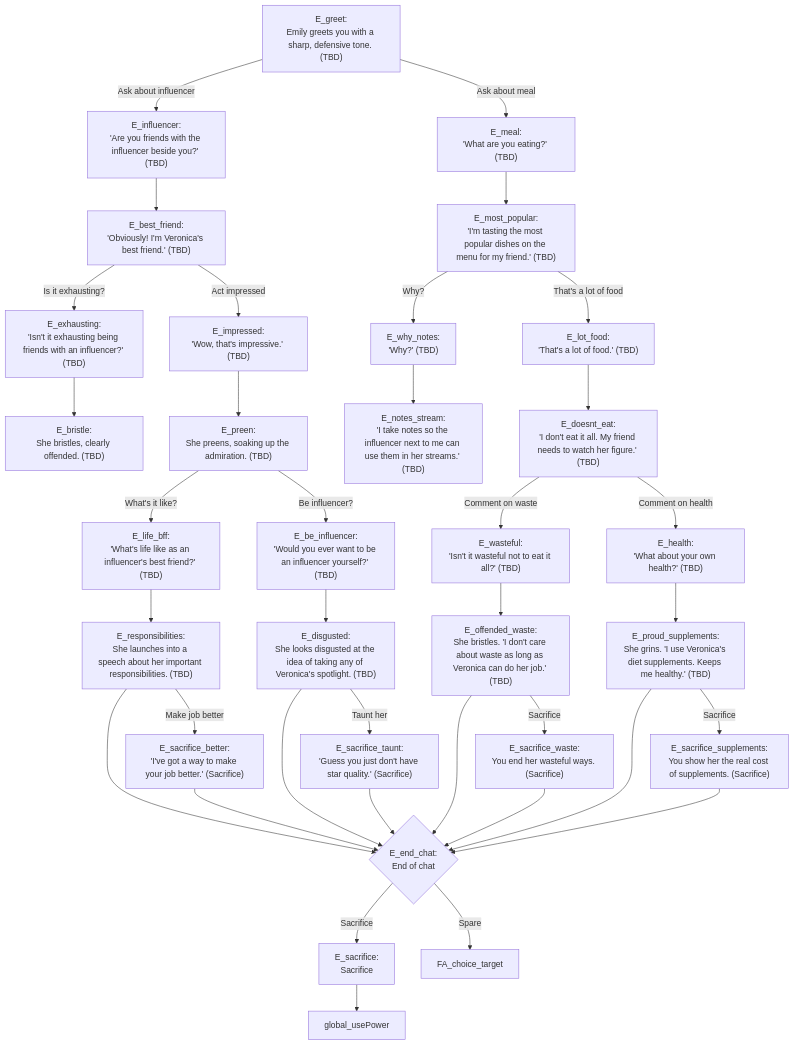
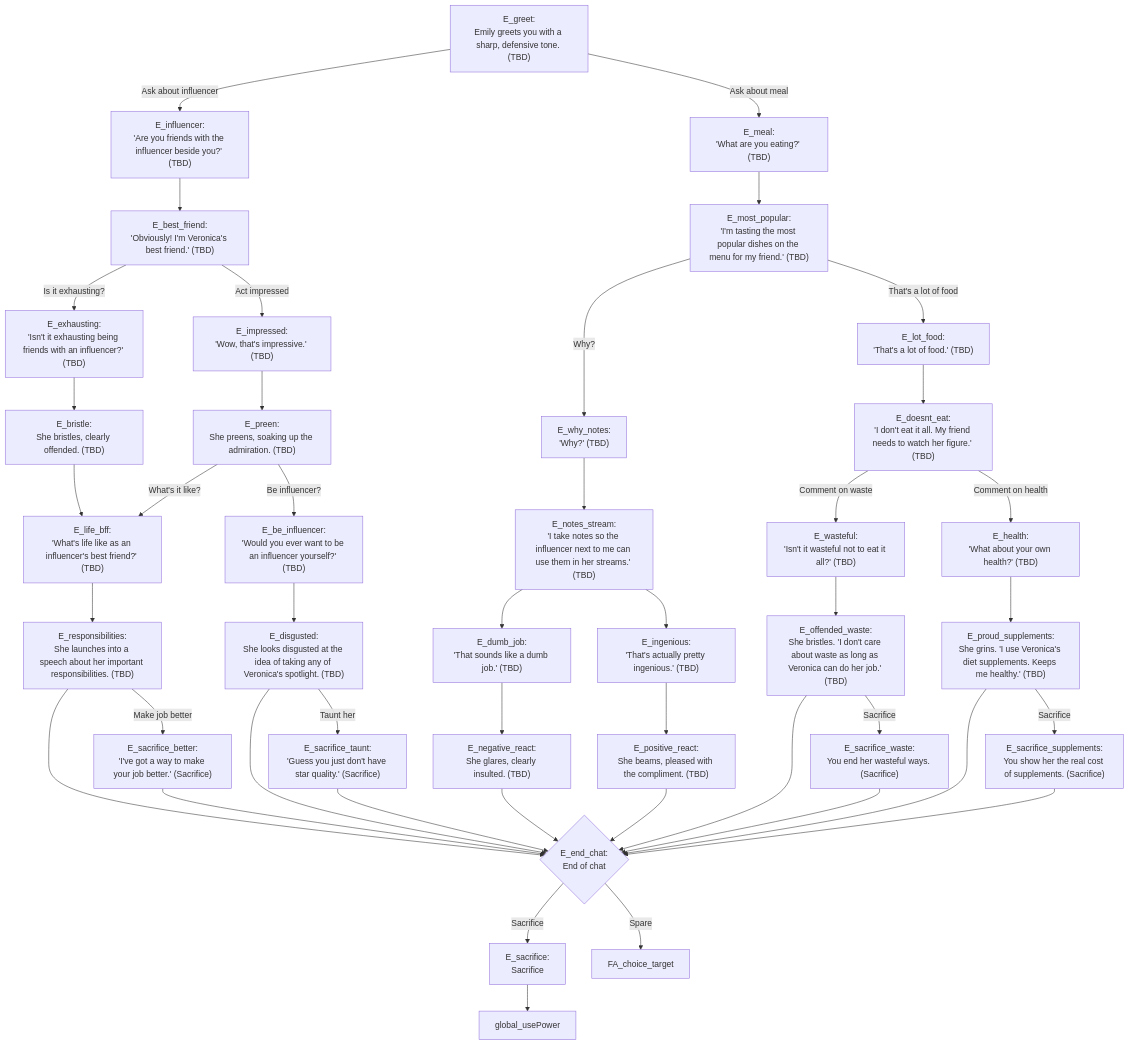
The diagram in Emily.mmd (ivalace/horror-game-jam-2025), drawn with Mermaid before and after one commit.

Commit message:
fixed Emily

```diff
--- a/Emily.mmd
+++ b/Emily.mmd
@@ -1,41 +1,46 @@
 flowchart TD
 direction LR
 E_greet["E_greet:<br/>Emily greets you with a sharp, defensive tone. (TBD)"] -->|Ask about influencer| E_influencer
 E_greet -->|Ask about meal| E_meal
 E_influencer["E_influencer:<br/>'Are you friends with the influencer beside you?' (TBD)"] --> E_best_friend
 E_best_friend["E_best_friend:<br/>'Obviously! I'm Veronica's best friend.' (TBD)"] -->|Is it exhausting?| E_exhausting
 E_best_friend -->|Act impressed| E_impressed
 E_exhausting["E_exhausting:<br/>'Isn't it exhausting being friends with an influencer?' (TBD)"] --> E_bristle
-E_bristle["E_bristle:<br/>She bristles, clearly offended. (TBD)"]
+E_bristle["E_bristle:<br/>She bristles, clearly offended. (TBD)"] --> E_life_bff
 E_impressed["E_impressed:<br/>'Wow, that's impressive.' (TBD)"] --> E_preen
 E_preen["E_preen:<br/>She preens, soaking up the admiration. (TBD)"] -->|What's it like?| E_life_bff
 E_preen -->|Be influencer?| E_be_influencer
 E_life_bff["E_life_bff:<br/>'What's life like as an influencer's best friend?' (TBD)"] --> E_responsibilities
 E_responsibilities["E_responsibilities:<br/>She launches into a speech about her important responsibilities. (TBD)"] --> E_end_chat
 E_responsibilities -->|Make job better| E_sacrifice_better
 E_be_influencer["E_be_influencer:<br/>'Would you ever want to be an influencer yourself?' (TBD)"] --> E_disgusted
 E_disgusted["E_disgusted:<br/>She looks disgusted at the idea of taking any of Veronica's spotlight. (TBD)"] --> E_end_chat
 E_disgusted -->|Taunt her| E_sacrifice_taunt
 E_sacrifice_taunt["E_sacrifice_taunt:<br/>'Guess you just don't have star quality.' (Sacrifice)"] --> E_end_chat
 E_meal["E_meal:<br/>'What are you eating?' (TBD)"] --> E_most_popular
 E_most_popular["E_most_popular:<br/>'I'm tasting the most popular dishes on the menu for my friend.' (TBD)"] -->|Why?| E_why_notes
 E_most_popular -->|That's a lot of food| E_lot_food
 E_why_notes["E_why_notes:<br/>'Why?' (TBD)"] --> E_notes_stream
-E_notes_stream["E_notes_stream:<br/>'I take notes so the influencer next to me can use them in her streams.' (TBD)"]
+E_notes_stream["E_notes_stream:<br/>'I take notes so the influencer next to me can use them in her streams.' (TBD)"] --> E_dumb_job
+E_notes_stream --> E_ingenious
+E_dumb_job["E_dumb_job:<br/>'That sounds like a dumb job.' (TBD)"] --> E_negative_react
+E_ingenious["E_ingenious:<br/>'That's actually pretty ingenious.' (TBD)"] --> E_positive_react
+E_negative_react["E_negative_react:<br/>She glares, clearly insulted. (TBD)"] --> E_end_chat
+E_positive_react["E_positive_react:<br/>She beams, pleased with the compliment. (TBD)"] --> E_end_chat
 E_lot_food["E_lot_food:<br/>'That's a lot of food.' (TBD)"] --> E_doesnt_eat
 E_doesnt_eat["E_doesnt_eat:<br/>'I don't eat it all. My friend needs to watch her figure.' (TBD)"] -->|Comment on waste| E_wasteful
 E_doesnt_eat -->|Comment on health| E_health
 E_wasteful["E_wasteful:<br/>'Isn't it wasteful not to eat it all?' (TBD)"] --> E_offended_waste
 E_offended_waste["E_offended_waste:<br/>She bristles. 'I don't care about waste as long as Veronica can do her job.' (TBD)"] --> E_end_chat
 E_offended_waste -->|Sacrifice| E_sacrifice_waste
 E_health["E_health:<br/>'What about your own health?' (TBD)"] --> E_proud_supplements
 E_proud_supplements["E_proud_supplements:<br/>She grins. 'I use Veronica's diet supplements. Keeps me healthy.' (TBD)"] --> E_end_chat
 E_proud_supplements -->|Sacrifice| E_sacrifice_supplements
 E_sacrifice_better["E_sacrifice_better:<br/>'I've got a way to make your job better.' (Sacrifice)"] --> E_end_chat
 E_sacrifice_waste["E_sacrifice_waste:<br/>You end her wasteful ways. (Sacrifice)"] --> E_end_chat
 E_sacrifice_supplements["E_sacrifice_supplements:<br/>You show her the real cost of supplements. (Sacrifice)"] --> E_end_chat
 
 E_end_chat{"E_end_chat:<br/>End of chat"} -->|Sacrifice| E_sacrifice
 E_end_chat -->|Spare| FA_choice_target
 
 E_sacrifice["E_sacrifice:<br/>Sacrifice"] --> global_usePower
```
